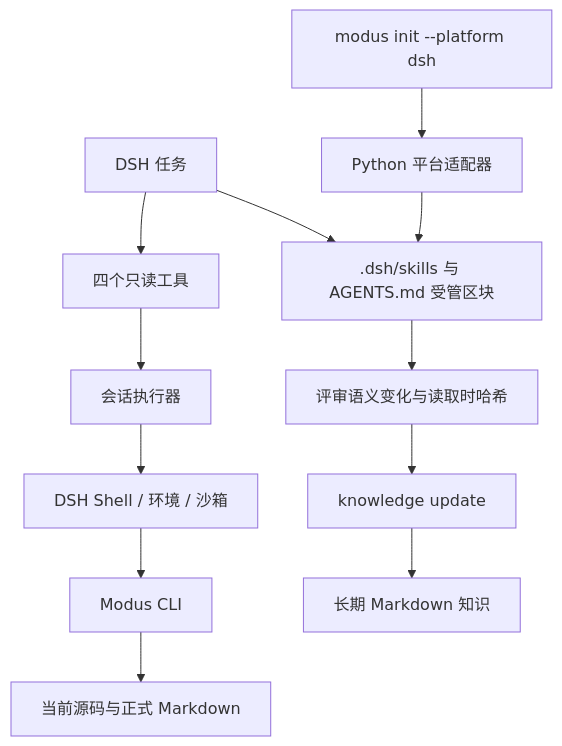
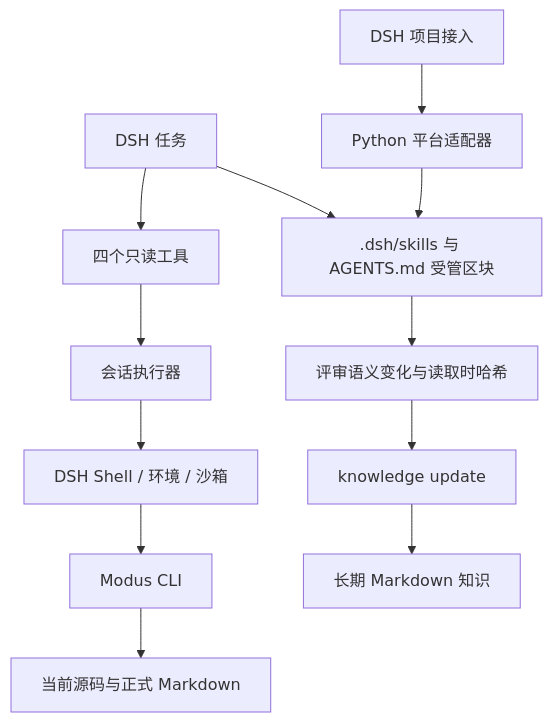
Before and after one commit to tencentmusic/modus: the diagram in integrations/dsh/architecture.md, drawn with Mermaid. The commit also changed other lines of this file and 84 other files, not shown here.

````diff
--- a/integrations/dsh/architecture.md
+++ b/integrations/dsh/architecture.md
@@ -9,14 +9,14 @@
 ```mermaid
 flowchart TB
-    Install[modus init --platform dsh] --> Adapter[Python 平台适配器]
+    Install[DSH 项目接入] --> Adapter[Python 平台适配器]
     Adapter --> Skills[.dsh/skills 与 AGENTS.md 受管区块]
     Agent[DSH 任务] --> Tools[四个只读工具]
     Tools --> Runner[会话执行器]
     Runner --> Shell[DSH Shell / 环境 / 沙箱]
     Shell --> CLI[Modus CLI]
     CLI --> Evidence[当前源码与正式 Markdown]
     Agent --> Skills
     Skills --> Review[评审语义变化与读取时哈希]
     Review --> Update[knowledge update]
     Update --> Knowledge[长期 Markdown 知识]
 ```
````
